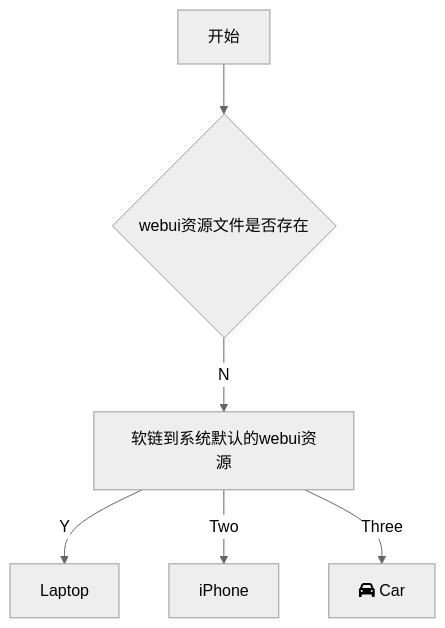
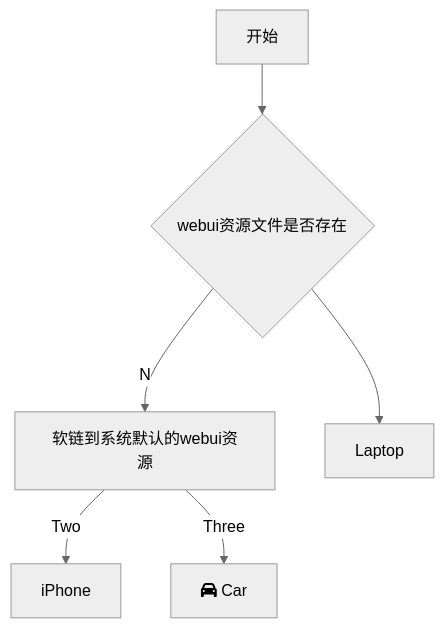
One commit to HaleyCoder/iodraw-files changed the diagram in all/未命名.md. Above: the diagram before and after it, drawn with Mermaid (neutral theme).

Commit message:
2024-08-29 14:36:32 update

````diff
--- a/all/未命名.md
+++ b/all/未命名.md
@@ -1,9 +1,9 @@
 ```mermaid
 graph TD
     A[开始] --> B{webui资源文件是否存在}
     B -->|N| C[软链到系统默认的webui资源]
-    C -->|Y| D[Laptop]
+    B --> D[Laptop]
     C -->|Two| E[iPhone]
     C -->|Three| F[fa:fa-car Car]
   
 ```
````
